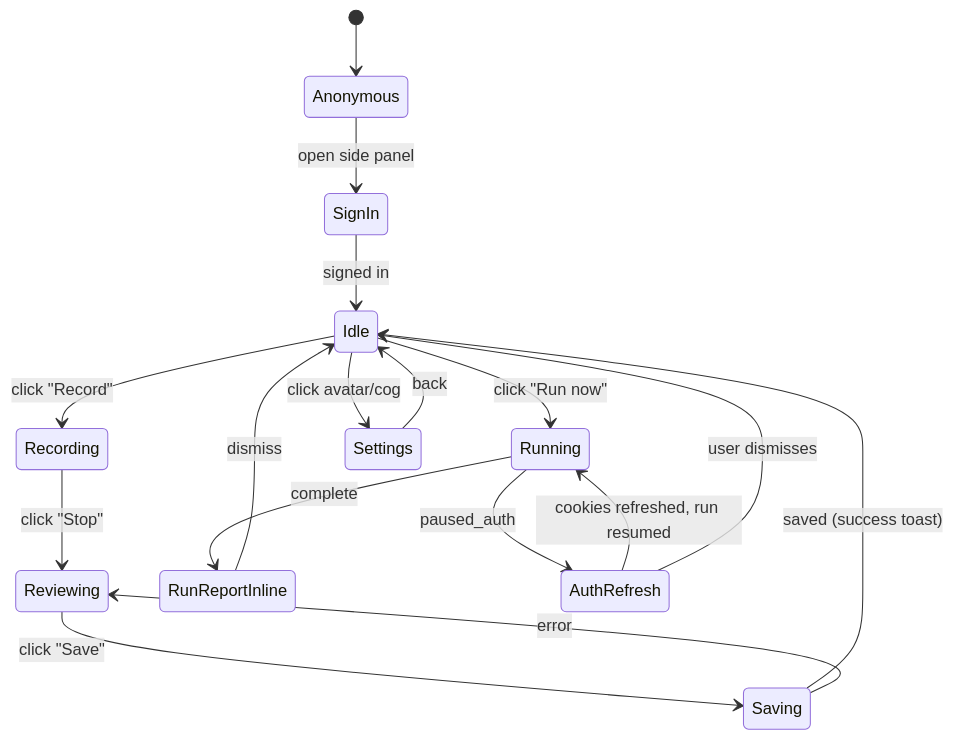
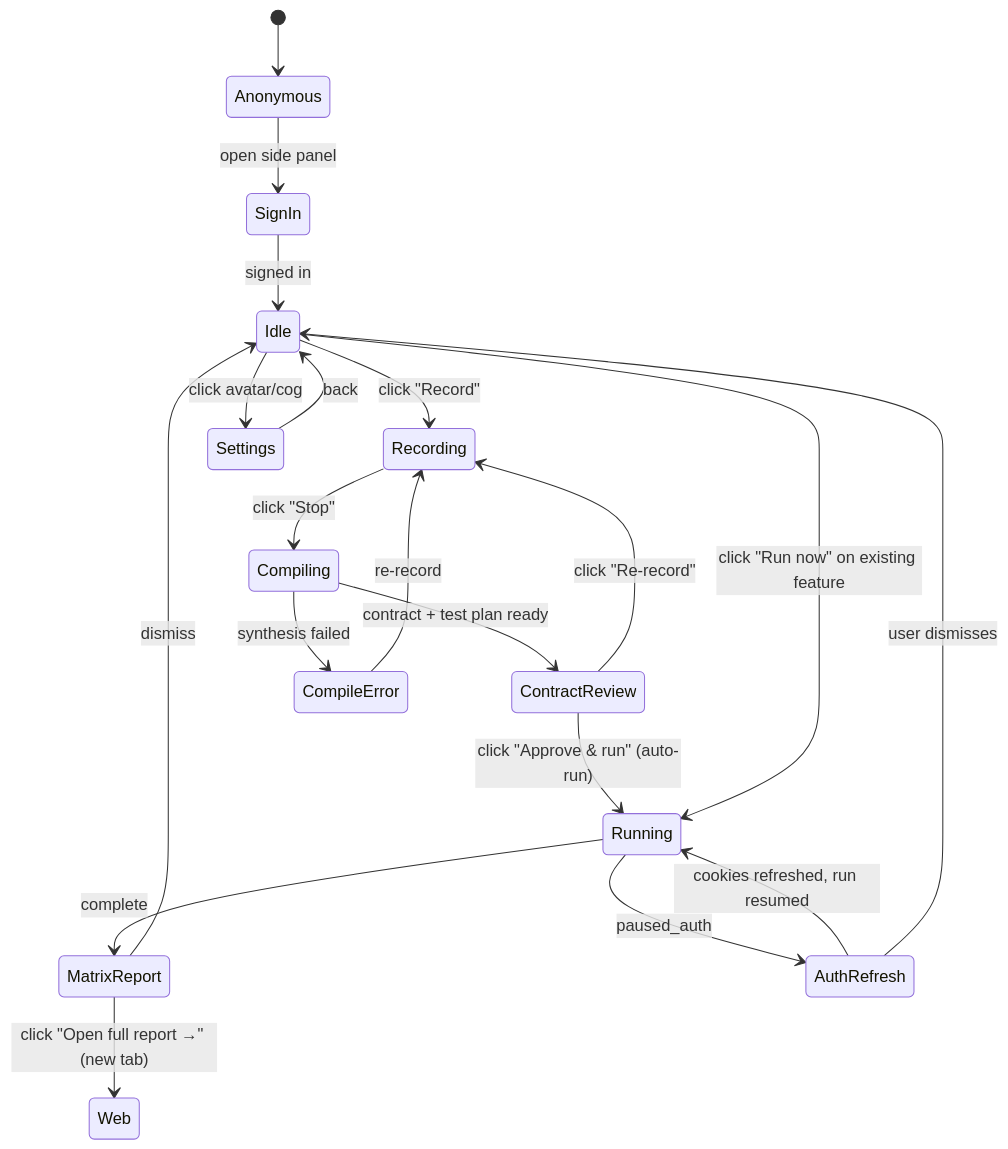
Before and after one commit to RushikeshTammewar/flowlens: the diagram in docs/v3/UX.md, drawn with Mermaid. The commit also changed other lines of this file and 1 other file, not shown here.

````diff
--- a/docs/v3/UX.md
+++ b/docs/v3/UX.md
@@ -128,19 +145,22 @@
 ```mermaid
 stateDiagram-v2
     [*] --> Anonymous
     Anonymous --> SignIn: open side panel
     SignIn --> Idle: signed in
     Idle --> Recording: click "Record"
-    Recording --> Reviewing: click "Stop"
-    Reviewing --> Saving: click "Save"
-    Saving --> Idle: saved (success toast)
-    Saving --> Reviewing: error
-    Idle --> Running: click "Run now"
-    Running --> RunReportInline: complete
+    Recording --> Compiling: click "Stop"
+    Compiling --> ContractReview: contract + test plan ready
+    Compiling --> CompileError: synthesis failed
+    CompileError --> Recording: re-record
+    ContractReview --> Running: click "Approve & run" (auto-run)
+    ContractReview --> Recording: click "Re-record"
+    Idle --> Running: click "Run now" on existing feature
+    Running --> MatrixReport: complete
     Running --> AuthRefresh: paused_auth
     AuthRefresh --> Running: cookies refreshed, run resumed
     AuthRefresh --> Idle: user dismisses
-    RunReportInline --> Idle: dismiss
+    MatrixReport --> Idle: dismiss
+    MatrixReport --> Web: click "Open full report →" (new tab)
     Idle --> Settings: click avatar/cog
     Settings --> Idle: back
 ```
````
